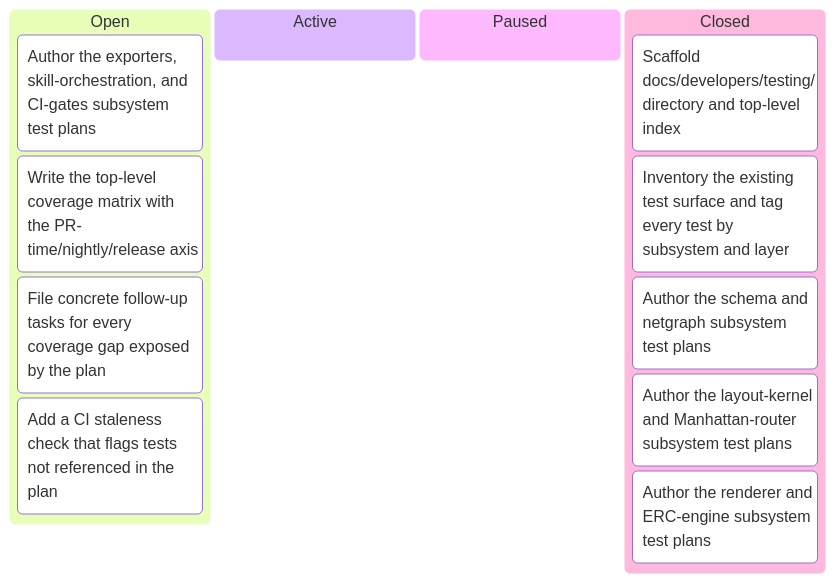
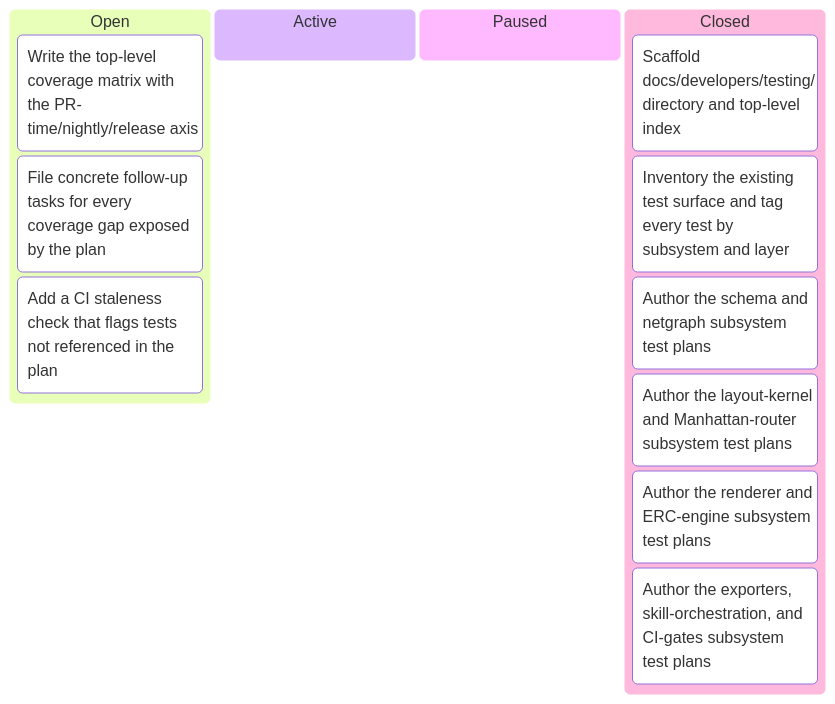
One commit to tgd1975/CircuitSmith changed the third of 3 diagrams in docs/developers/tasks/KANBAN.md. Above: the diagram before and after it, drawn with Mermaid. The commit also changed other lines of this file and 7 other files, not shown here.

First line of the commit message:
close TASK-088: author the exporters, orchestration, and CI-gates plans

````diff
--- a/docs/developers/tasks/KANBAN.md
+++ b/docs/developers/tasks/KANBAN.md
@@ -53,16 +53,16 @@
 ```mermaid
 kanban
   Open
-    TASK_088["Author the exporters, skill-orchestration, and CI-gates subsystem test plans"]
     TASK_089["Write the top-level coverage matrix with the PR-time/nightly/release axis"]
     TASK_090["File concrete follow-up tasks for every coverage gap exposed by the plan"]
     TASK_091["Add a CI staleness check that flags tests not referenced in the plan"]
   Active
   Paused
   Closed
     TASK_083["Scaffold docs/developers/testing/ directory and top-level index"]
     TASK_084["Inventory the existing test surface and tag every test by subsystem and layer"]
     TASK_085["Author the schema and netgraph subsystem test plans"]
     TASK_086["Author the layout-kernel and Manhattan-router subsystem test plans"]
     TASK_087["Author the renderer and ERC-engine subsystem test plans"]
+    TASK_088["Author the exporters, skill-orchestration, and CI-gates subsystem test plans"]
 ```
````
